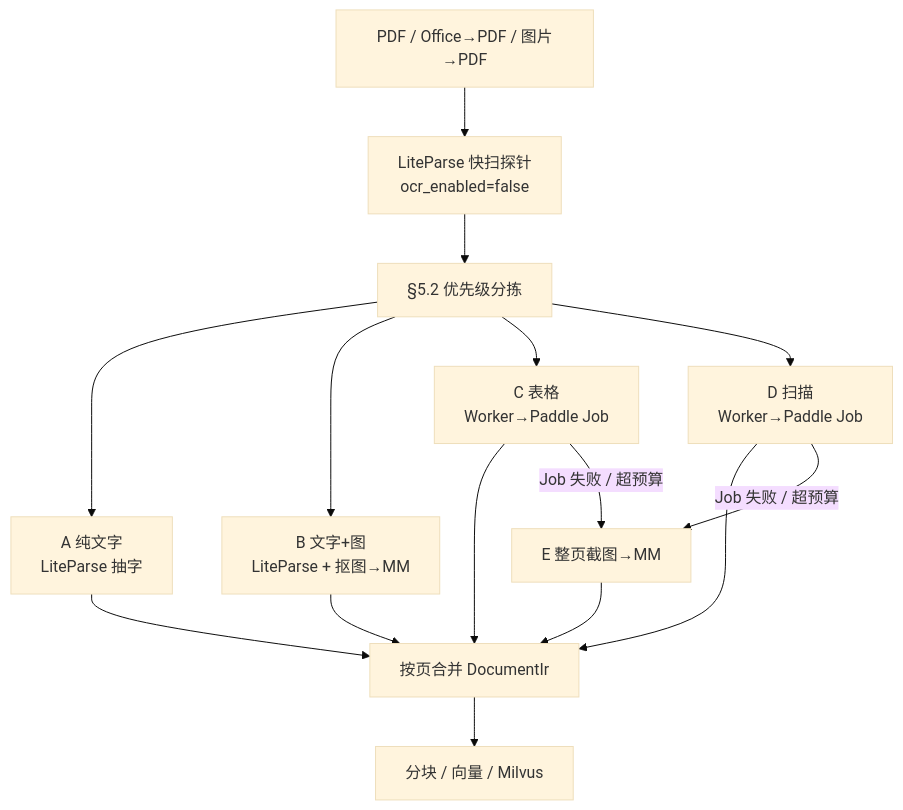
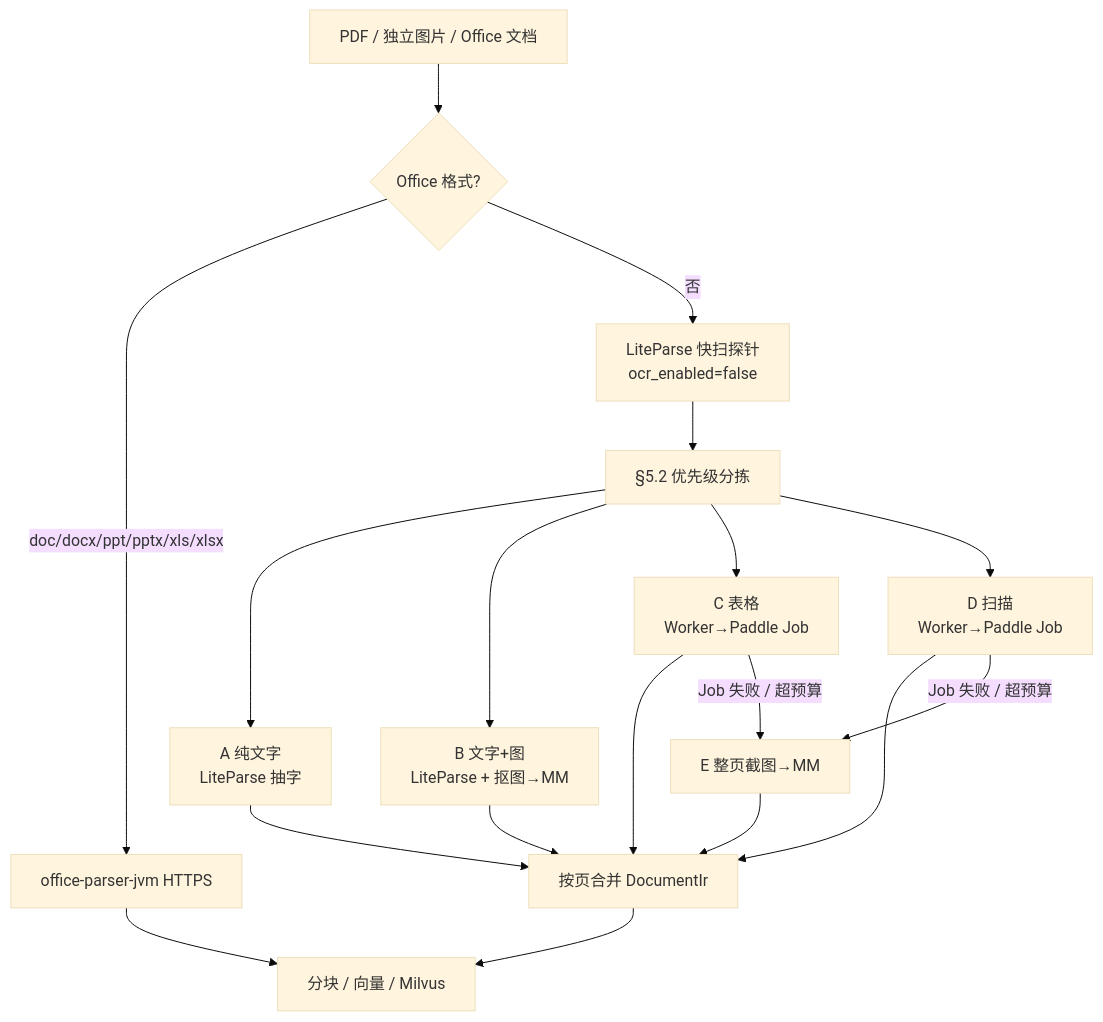
One commit to xingchuan0105/context-osv6 changed the diagram in avrag-rs/docs/liteparse-paddle-ingestion-architecture-2026-06-13.md. Above: the diagram before and after it, drawn with Mermaid (base theme). The commit also changed other lines of this file and 13 other files, not shown here.

First line of the commit message:
feat(ingestion): route ppt/pptx through office-parser like docx/xlsx.

````diff
--- a/avrag-rs/docs/liteparse-paddle-ingestion-architecture-2026-06-13.md
+++ b/avrag-rs/docs/liteparse-paddle-ingestion-architecture-2026-06-13.md
@@ -176,22 +179,25 @@
 ```mermaid
 flowchart TB
-    IN[PDF / Office→PDF / 图片→PDF]
-    IN --> PROBE[LiteParse 快扫探针<br/>ocr_enabled=false]
+    IN[PDF / 独立图片 / Office 文档]
+    IN --> OFFICE{Office 格式?}
+    OFFICE -->|doc/docx/ppt/pptx/xls/xlsx| OFF_PARSE[office-parser-jvm HTTPS]
+    OFF_PARSE --> PIPE[分块 / 向量 / Milvus]
+    OFFICE -->|否| PROBE[LiteParse 快扫探针<br/>ocr_enabled=false]
     PROBE --> PAGE[§5.2 优先级分拣]
 
     PAGE --> A[A 纯文字<br/>LiteParse 抽字]
     PAGE --> B[B 文字+图<br/>LiteParse + 抠图→MM]
     PAGE --> C[C 表格<br/>Worker→Paddle Job]
     PAGE --> D[D 扫描<br/>Worker→Paddle Job]
 
     C --> MERGE[按页合并 DocumentIr]
     D --> MERGE
     A --> MERGE
     B --> MERGE
 
     C -->|Job 失败 / 超预算| E[E 整页截图→MM]
     D -->|Job 失败 / 超预算| E
     E --> MERGE
 
-    MERGE --> IDX[分块 / 向量 / Milvus]
+    MERGE --> PIPE
 ```
````
